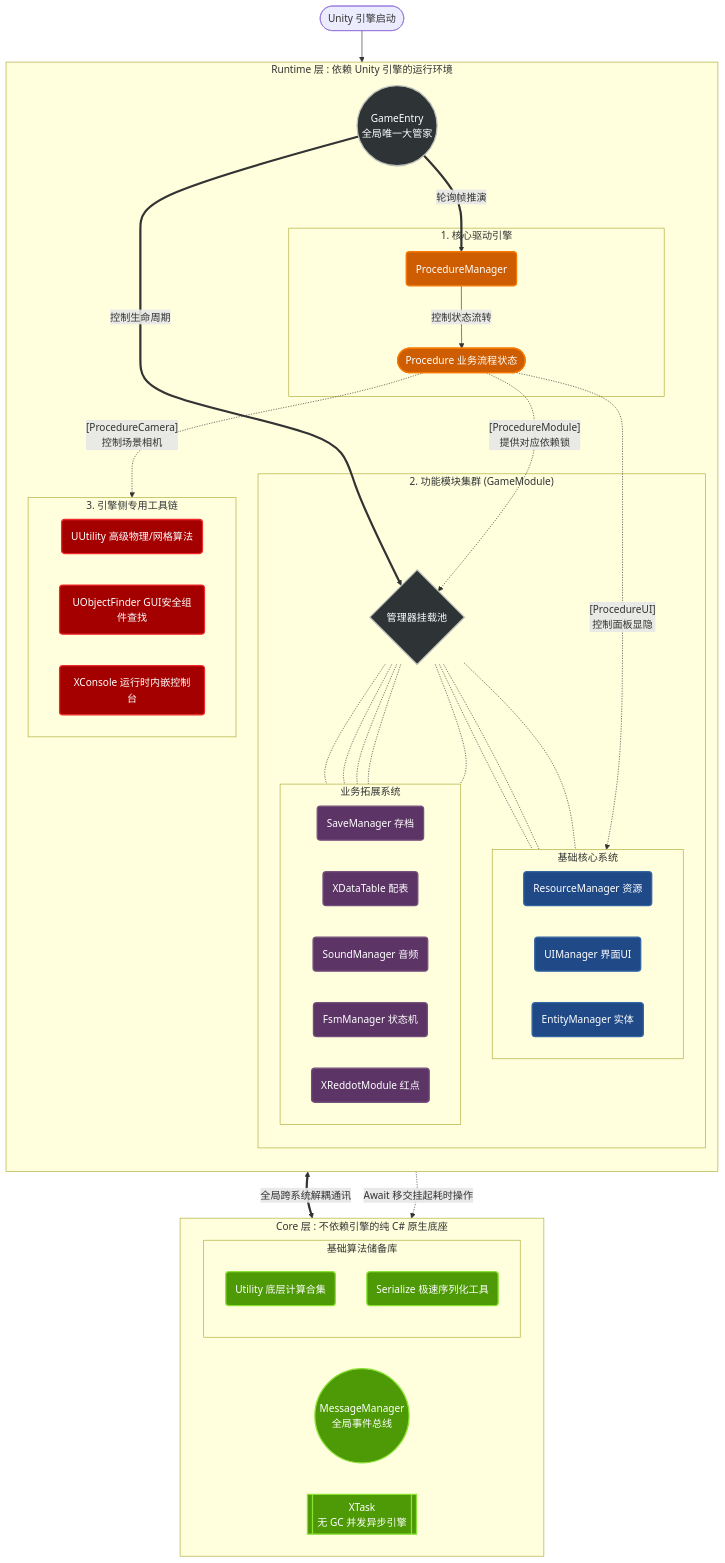
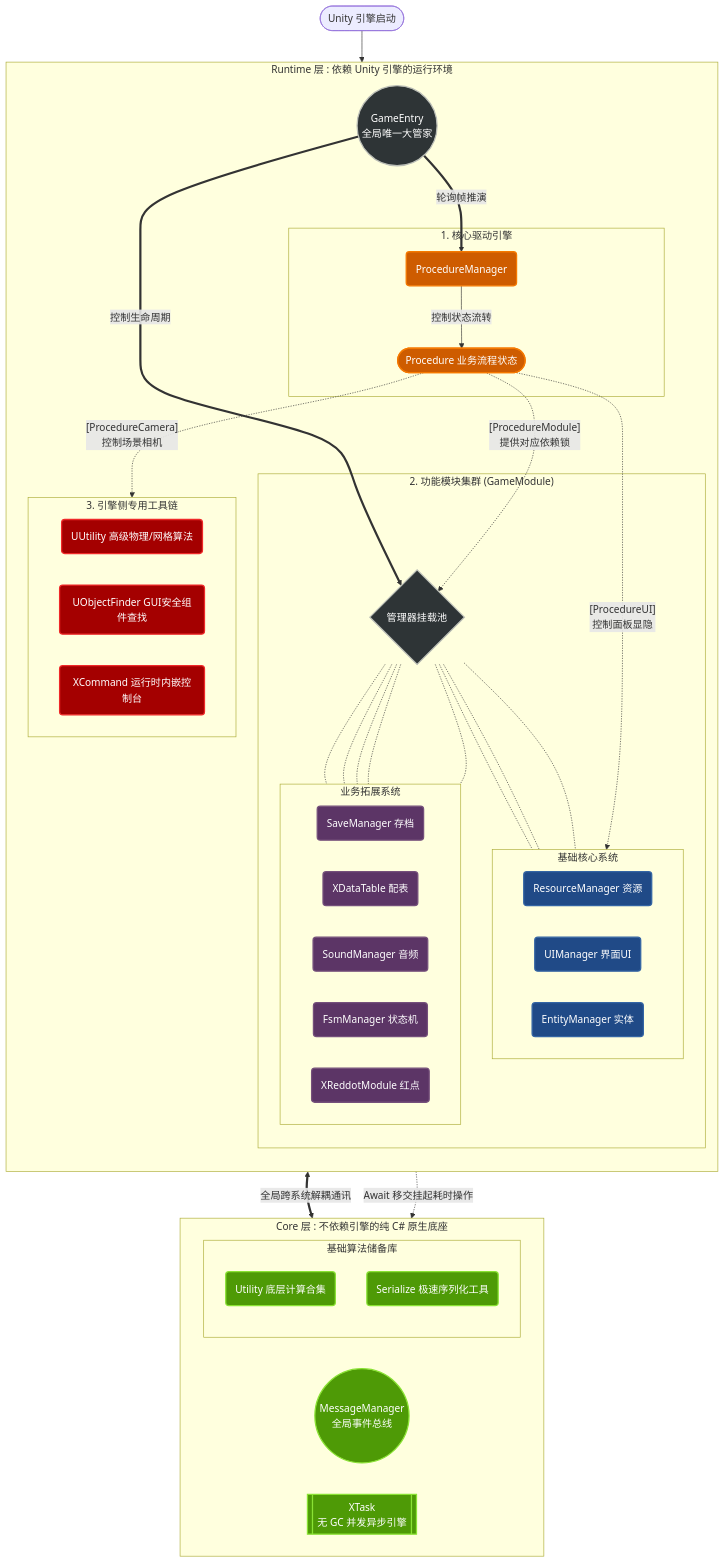
The diagram in README.md (xdedzl/XFramework), drawn with Mermaid before and after one commit. The commit also changed other lines of this file and 69 other files, not shown here.

````diff
--- a/README.md
+++ b/README.md
@@ -20,76 +20,76 @@
 ```mermaid
 flowchart TB
     classDef c_entry fill:#2e3436,color:#fff,stroke:#babdb6,stroke-width:2px;
     classDef c_driver fill:#ce5c00,color:#fff,stroke:#f57900,stroke-width:2px;
     classDef c_mod_core fill:#204a87,color:#fff,stroke:#3465a4,stroke-width:2px;
     classDef c_mod_ext fill:#5c3566,color:#fff,stroke:#75507b,stroke-width:2px;
     classDef c_tool fill:#a40000,color:#fff,stroke:#ef2929,stroke-width:2px;
     classDef c_core fill:#4e9a06,color:#fff,stroke:#8ae234,stroke-width:2px;
 
     Start(["Unity 引擎启动"]) --> GameEntry:::c_entry
 
     subgraph RuntimeLayer ["Runtime 层 : 依赖 Unity 引擎的运行环境"]
         direction TB
         GameEntry(("GameEntry <br/>全局唯一大管家")):::c_entry
         
         subgraph Driver ["1. 核心驱动引擎"]
             PM("ProcedureManager"):::c_driver
             Proc(["Procedure 业务流程状态"]):::c_driver
             PM -->|"控制状态流转"| Proc
         end
         
         subgraph Modules ["2. 功能模块集群 (GameModule)"]
             ModPool{"管理器挂载池"}:::c_entry
             
             subgraph CoreMod ["基础核心系统"]
                 direction LR
                 Res("ResourceManager 资源"):::c_mod_core
                 UI("UIManager 界面UI"):::c_mod_core
                 Ent("EntityManager 实体"):::c_mod_core
             end
             
             subgraph ExtMod ["业务拓展系统"]
                 direction LR
                 Sav("SaveManager 存档"):::c_mod_ext
                 Dat("XDataTable 配表"):::c_mod_ext
                 Snd("SoundManager 音频"):::c_mod_ext
                 FSM("FsmManager 状态机"):::c_mod_ext
                 Red("XReddotModule 红点"):::c_mod_ext
             end
             
             ModPool -.- Res & UI & Ent
             ModPool -.- Dat & Sav & Snd & FSM & Red
         end
         
         subgraph UnityTools ["3. 引擎侧专用工具链"]
             direction LR
             UUtil("UUtility 高级物理/网格算法"):::c_tool
             Finder("UObjectFinder GUI安全组件查找"):::c_tool
-            Console("XConsole 运行时内嵌控制台"):::c_tool
+            Console("XCommand 运行时内嵌控制台"):::c_tool
         end
         
         GameEntry ==>|"轮询帧推演"| PM
         GameEntry ==>|"控制生命周期"| ModPool
         
         %% 特性约束关联
         Proc -.->|"[ProcedureUI]<br/>控制面板显隐"| UI
         Proc -.->|"[ProcedureCamera]<br/>控制场景相机"| UnityTools
         Proc -.->|"[ProcedureModule]<br/>提供对应依赖锁"| ModPool
     end
 
     subgraph CoreLayer ["Core 层 : 不依赖引擎的纯 C# 原生底座"]
         direction LR
         Msg(("MessageManager<br/>全局事件总线")):::c_core
         Task[["XTask<br/>无 GC 并发异步引擎"]]:::c_core
         
         subgraph CSharpTools ["基础算法储备库"]
             direction TB
             Util("Utility 底层计算合集"):::c_core
             Ser("Serialize 极速序列化工具"):::c_core
         end
     end
 
     %% 发送互动
     RuntimeLayer <==>|"全局跨系统解耦通讯"| Msg
     RuntimeLayer -.->|"Await 移交挂起耗时操作"| Task
 ```
````
